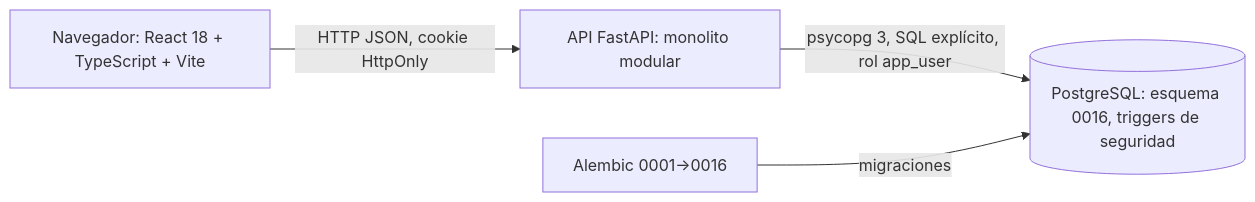
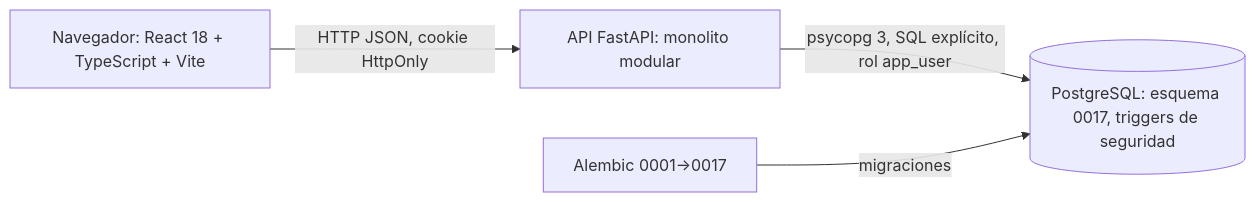
Before and after one commit to maxtrosy/internship-lifecycle-platform: the second of 3 diagrams in evaluacion-4/docs/arquitectura-y-adrs/arquitectura-final.md, drawn with Mermaid. The commit also changed other lines of this file and 92 other files, not shown here.

````diff
--- a/evaluacion-4/docs/arquitectura-y-adrs/arquitectura-final.md
+++ b/evaluacion-4/docs/arquitectura-y-adrs/arquitectura-final.md
@@ -23,6 +23,6 @@
 ```mermaid
 flowchart LR
   B[Navegador: React 18 + TypeScript + Vite] -->|HTTP JSON, cookie HttpOnly| A[API FastAPI: monolito modular]
-  A -->|psycopg 3, SQL explícito, rol app_user| P[(PostgreSQL: esquema 0016, triggers de seguridad)]
-  M[Alembic 0001→0016] -->|migraciones| P
+  A -->|psycopg 3, SQL explícito, rol app_user| P[(PostgreSQL: esquema 0017, triggers de seguridad)]
+  M[Alembic 0001→0017] -->|migraciones| P
 ```
````
